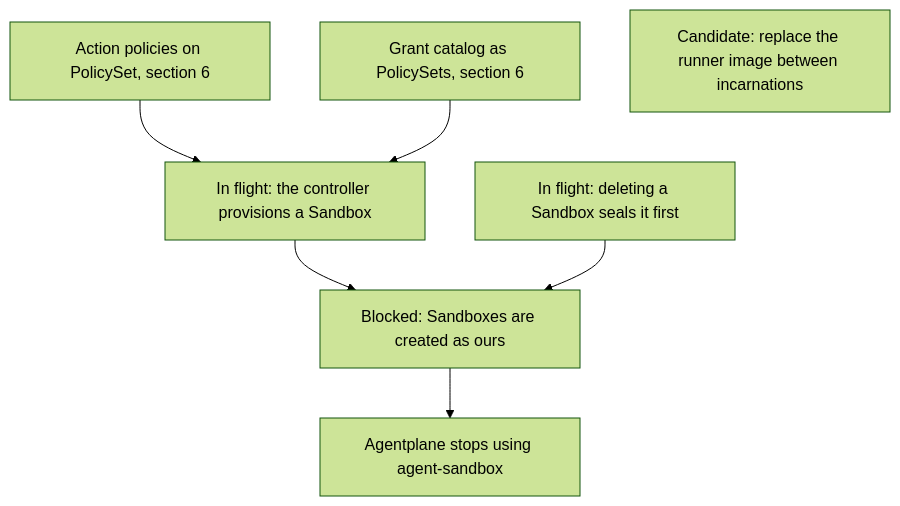
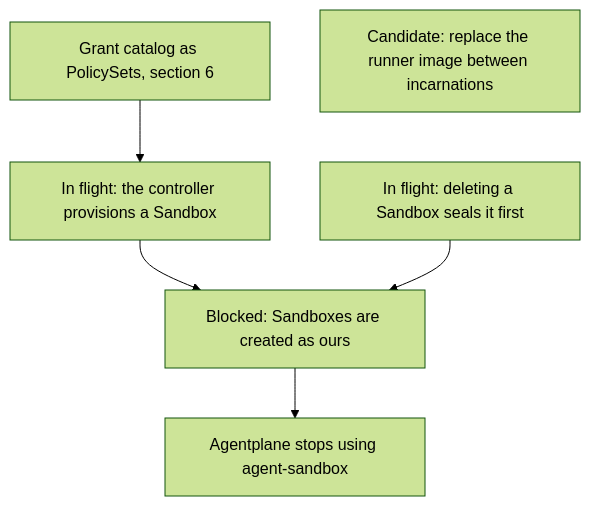
One commit to agentydragon/ducktape changed diagram 11 of 15 in agentplane/plans/task_dag.md. Above: the diagram before and after it, drawn with Mermaid (forest theme). The commit also changed other lines of this file and 6 other files, not shown here.

First line of the commit message:
cluster/cdk8s: static Action grants move to PolicySet/PolicyBinding

````diff
--- a/agentplane/plans/task_dag.md
+++ b/agentplane/plans/task_dag.md
@@ -670,12 +662,11 @@
 ```mermaid
 flowchart TD
     SANDBOX_CONTROLLER_PROVISIONING[In flight: the controller provisions a Sandbox]
-    ACTION_POLICY_MIGRATE[Action policies on PolicySet, section 6] --> SANDBOX_CONTROLLER_PROVISIONING
     KUBERNETES_POLICY_SETS[Grant catalog as PolicySets, section 6] --> SANDBOX_CONTROLLER_PROVISIONING
     SANDBOX_CONTROLLER_TEARDOWN[In flight: deleting a Sandbox seals it first]
     SANDBOX_IMAGE_REPLACE[Candidate: replace the runner image between incarnations]
     SANDBOX_CREATE_CUTOVER[Blocked: Sandboxes are created as ours]
     SANDBOX_CONTROLLER_PROVISIONING --> SANDBOX_CREATE_CUTOVER
     SANDBOX_CONTROLLER_TEARDOWN --> SANDBOX_CREATE_CUTOVER
     SANDBOX_CREATE_CUTOVER --> AGENT_SANDBOX_RETIRE[Agentplane stops using agent-sandbox]
 ```
````
